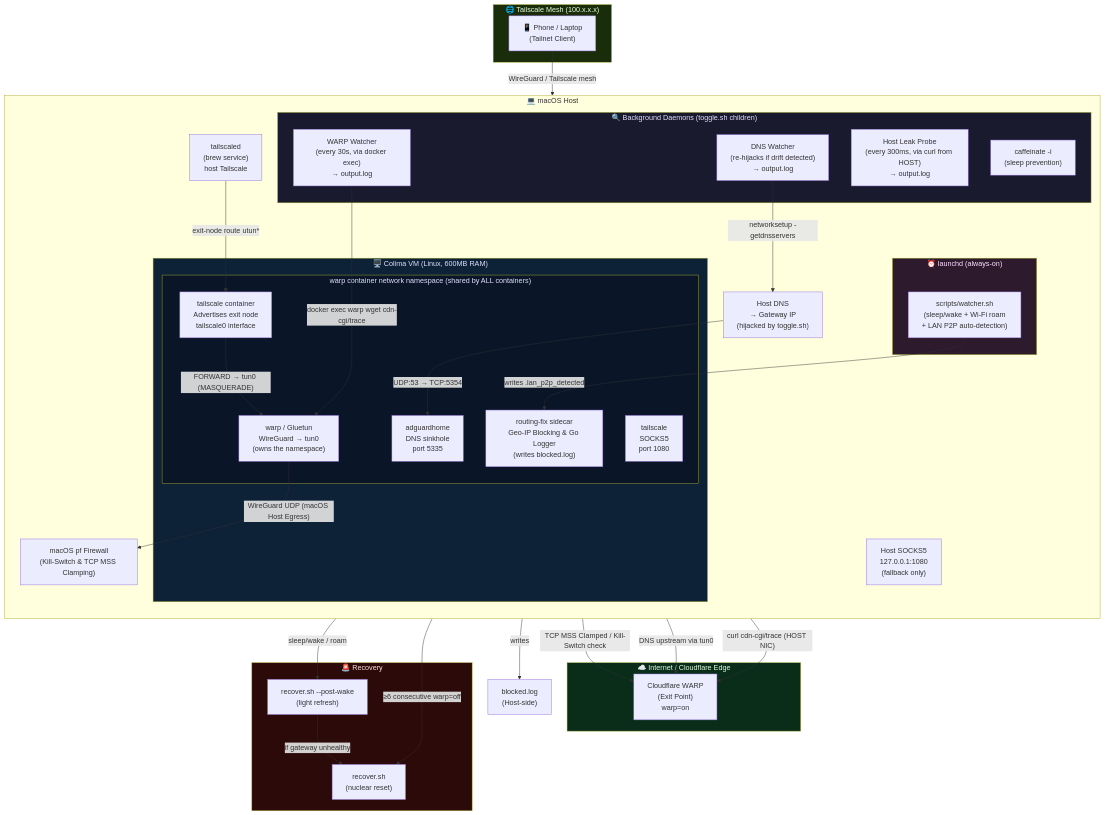
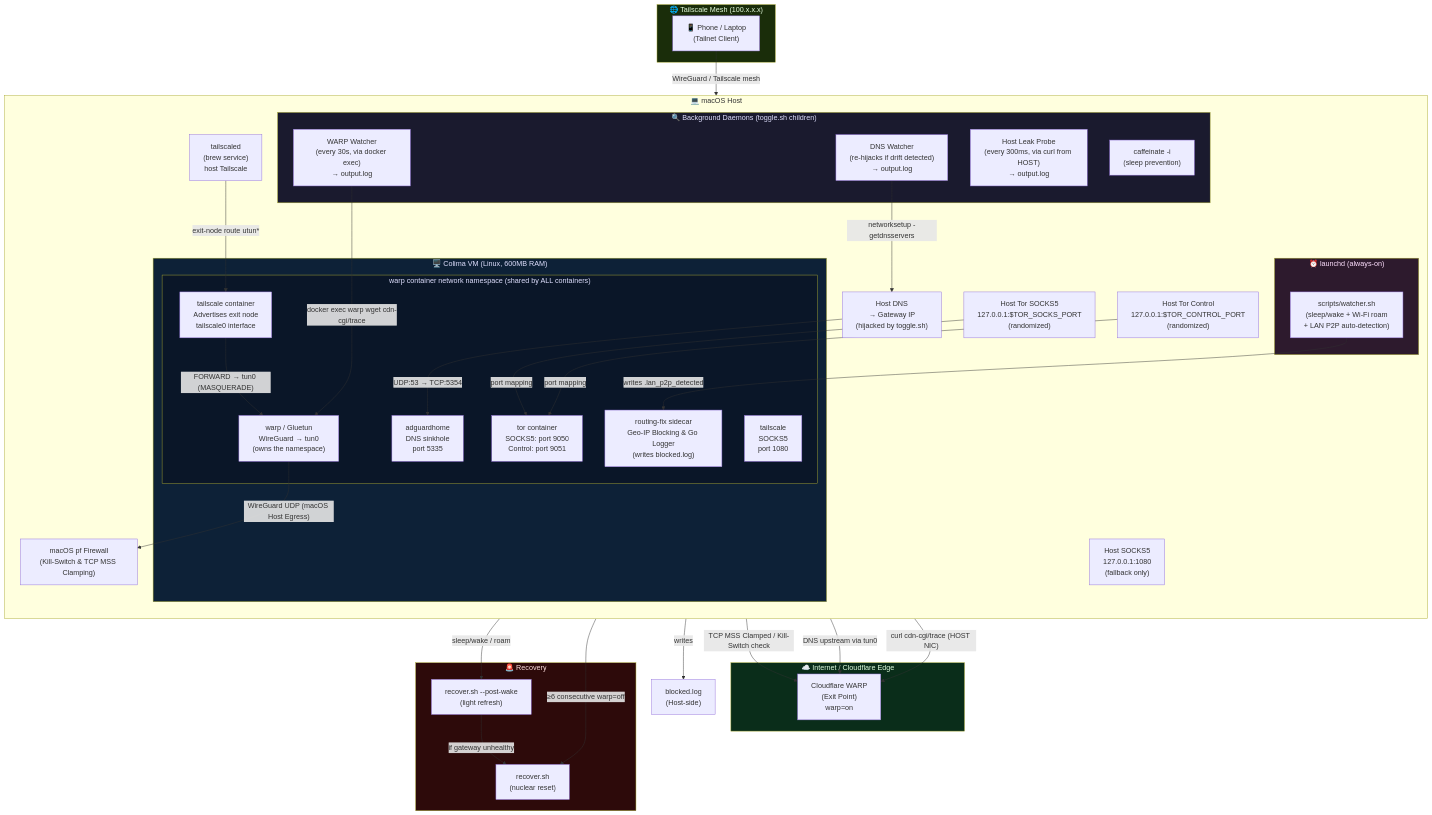
The first of 7 diagrams in diagrams.md (OmarAlaaeldein/nullexit), drawn with Mermaid before and after one commit.

Commit message:
doc: update system architecture diagram to include Tor container and port mappings

````diff
--- a/diagrams.md
+++ b/diagrams.md
@@ -7,77 +7,82 @@
 ```mermaid
 graph TB
     subgraph INTERNET["☁️  Internet / Cloudflare Edge"]
         CF["Cloudflare WARP\n(Exit Point)\nwarp=on"]
     end
 
     subgraph TAILNET["🌐 Tailscale Mesh (100.x.x.x)"]
         PHONE["📱 Phone / Laptop\n(Tailnet Client)"]
     end
 
     subgraph MACHOST["💻 macOS Host"]
         direction TB
         PFFIREWALL["macOS pf Firewall\n(Kill-Switch & TCP MSS Clamping)"]
         TSDAEMON["tailscaled\n(brew service)\nhost Tailscale"]
         HOSTDNS["Host DNS\n→ Gateway IP\n(hijacked by toggle.sh)"]
         HOSTSOCKS["Host SOCKS5\n127.0.0.1:1080\n(fallback only)"]
+        HOSTTOR["Host Tor SOCKS5\n127.0.0.1:$TOR_SOCKS_PORT\n(randomized)"]
+        HOSTTORCTRL["Host Tor Control\n127.0.0.1:$TOR_CONTROL_PORT\n(randomized)"]
 
         subgraph MONITORS["🔍 Background Daemons (toggle.sh children)"]
             WARPWATCH["WARP Watcher\n(every 30s, via docker exec)\n→ output.log"]
             LEAKPROBE["Host Leak Probe\n(every 300ms, via curl from HOST)\n→ output.log"]
             DNSWATCHER["DNS Watcher\n(re-hijacks if drift detected)\n→ output.log"]
             CAFFEINATE["caffeinate -i\n(sleep prevention)"]
         end
 
         subgraph COLIMAVM["🖥️  Colima VM (Linux, 600MB RAM)"]
             subgraph NETNS["warp container network namespace (shared by ALL containers)"]
                 GLUETUN["warp / Gluetun\nWireGuard → tun0\n(owns the namespace)"]
                 TS["tailscale container\nAdvertises exit node\ntailscale0 interface"]
                 SOCKS["tailscale\nSOCKS5\nport 1080"]
                 ADGUARD["adguardhome\nDNS sinkhole\nport 5335"]
                 ROUTINGFIX["routing-fix sidecar\nGeo-IP Blocking & Go Logger\n(writes blocked.log)"]
+                TOR["tor container\nSOCKS5: port 9050\nControl: port 9051"]
             end
         end
 
         subgraph LAUNCHD["⏰ launchd (always-on)"]
             WATCHER["scripts/watcher.sh\n(sleep/wake + Wi-Fi roam\n+ LAN P2P auto-detection)"]
         end
     end
 
     subgraph RECOVERY["🚨 Recovery"]
         RECOVER["recover.sh\n(nuclear reset)"]
         RECOVERPOST["recover.sh --post-wake\n(light refresh)"]
     end
 
     %% Traffic flow
     PHONE -->|"WireGuard / Tailscale mesh"| TSDAEMON
     TSDAEMON -->|"exit-node route utun*"| TS
     TS -->|"FORWARD → tun0 (MASQUERADE)"| GLUETUN
     GLUETUN -->|"WireGuard UDP (macOS Host Egress)"| PFFIREWALL
     PFFIREWALL -->|"TCP MSS Clamped / Kill-Switch check"| CF
 
     %% DNS
     HOSTDNS -->|"UDP:53 → TCP:5354"| ADGUARD
     ADGUARD -->|"DNS upstream via tun0"| CF
 
     %% Monitoring
     WARPWATCH -->|"docker exec warp wget cdn-cgi/trace"| GLUETUN
     LEAKPROBE -->|"curl cdn-cgi/trace (HOST NIC)"| CF
     DNSWATCHER -->|"networksetup -getdnsservers"| HOSTDNS
 
     %% Logging
     ROUTINGFIX -->|"writes"| BLOCKEDLOG["blocked.log\n(Host-side)"]
+    HOSTTOR -->|"port mapping"| TOR
+    HOSTTORCTRL -->|"port mapping"| TOR
 
     %% Recovery triggers
     WARPWATCH -->|"≥6 consecutive warp=off"| RECOVER
     WATCHER -->|"sleep/wake / roam"| RECOVERPOST
     RECOVERPOST -->|"if gateway unhealthy"| RECOVER
     WATCHER -->|"writes .lan_p2p_detected"| ROUTINGFIX
 
     style MONITORS fill:#1a1a2e,color:#e0e0ff
     style COLIMAVM fill:#0d2137,color:#e0e0ff
     style NETNS fill:#0a1628,color:#e0e0ff
     style RECOVERY fill:#2d0a0a,color:#ffe0e0
     style INTERNET fill:#0a2d1a,color:#e0ffe0
     style TAILNET fill:#1a2d0a,color:#e8ffe0
     style LAUNCHD fill:#2d1a2d,color:#ffe0ff
 ```
````
